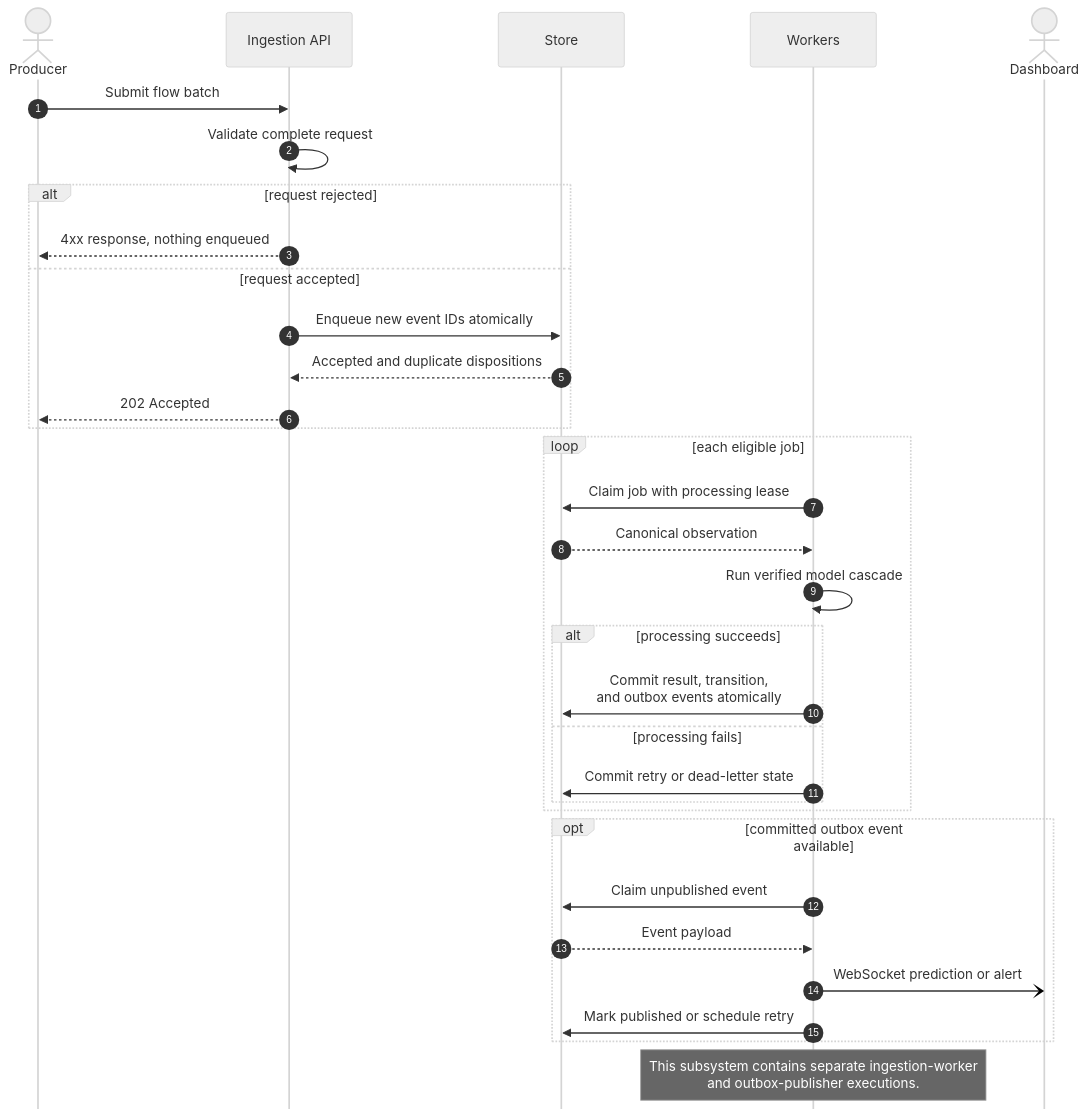
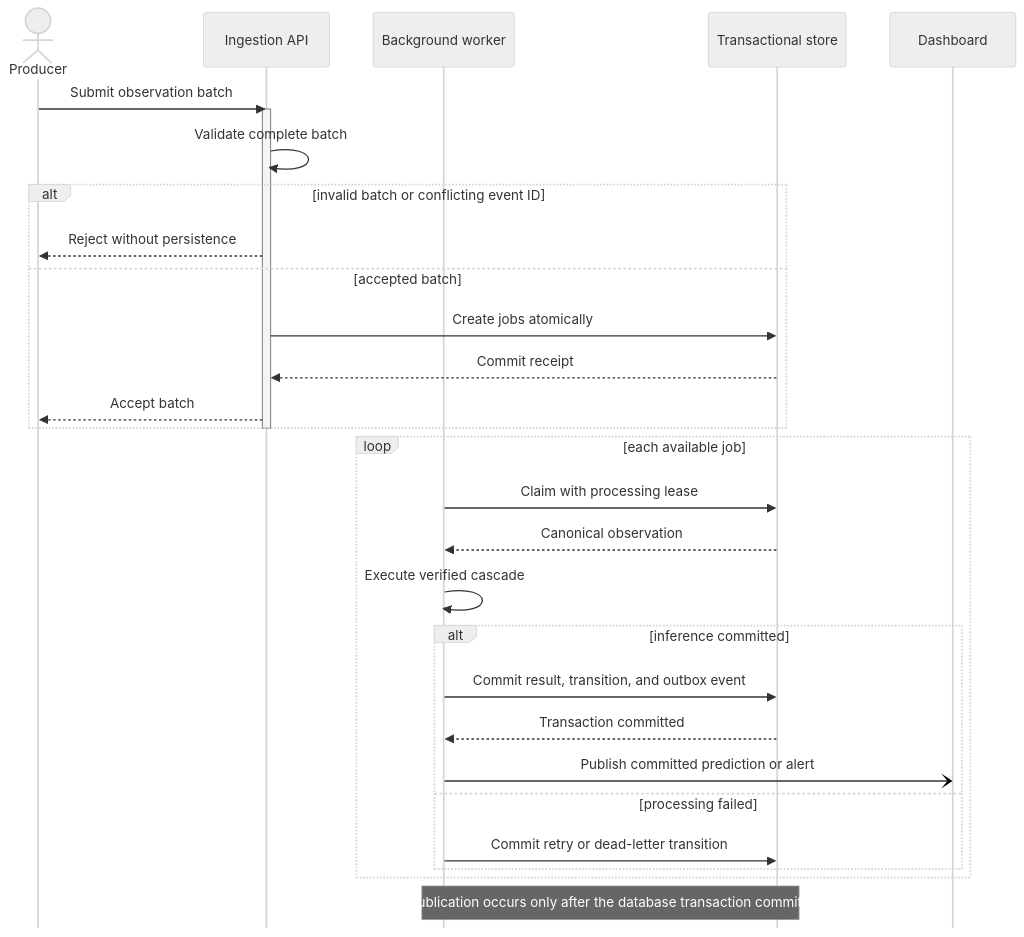
One commit to ZakariaElKhaldi/4iir-sr changed the diagram in diagrams/02-ingestion-sequence.mmd. Above: the diagram before and after it, drawn with Mermaid (neutral theme). The commit also changed 50 other files, not shown here.

```diff
--- a/diagrams/02-ingestion-sequence.mmd
+++ b/diagrams/02-ingestion-sequence.mmd
@@ -1,44 +1,40 @@
 ---
 config:
   sequence:
     mirrorActors: false
-    actorMargin: 30
-    messageMargin: 25
+    actorMargin: 52
+    messageMargin: 32
 ---
 sequenceDiagram
-    autonumber
     actor Producer
     participant API as Ingestion API
-    participant DB as Store
-    participant Workers as Workers
-    actor UI as Dashboard
+    participant Worker as Background worker
+    participant Store as Transactional store
+    participant UI as Dashboard
 
-    Producer->>API: Submit flow batch
-    API->>API: Validate complete request
-    alt request rejected
-        API-->>Producer: 4xx response, nothing enqueued
-    else request accepted
-        API->>DB: Enqueue new event IDs atomically
-        DB-->>API: Accepted and duplicate dispositions
-        API-->>Producer: 202 Accepted
+    Producer->>API: Submit observation batch
+    activate API
+    API->>API: Validate complete batch
+    alt invalid batch or conflicting event ID
+        API-->>Producer: Reject without persistence
+    else accepted batch
+        API->>Store: Create jobs atomically
+        Store-->>API: Commit receipt
+        API-->>Producer: Accept batch
     end
+    deactivate API
 
-    loop each eligible job
-        Workers->>DB: Claim job with processing lease
-        DB-->>Workers: Canonical observation
-        Workers->>Workers: Run verified model cascade
-        alt processing succeeds
-            Workers->>DB: Commit result, transition,<br/>and outbox events atomically
-        else processing fails
-            Workers->>DB: Commit retry or dead-letter state
+    loop each available job
+        Worker->>Store: Claim with processing lease
+        Store-->>Worker: Canonical observation
+        Worker->>Worker: Execute verified cascade
+        alt inference committed
+            Worker->>Store: Commit result, transition, and outbox event
+            Store-->>Worker: Transaction committed
+            Worker-)UI: Publish committed prediction or alert
+        else processing failed
+            Worker->>Store: Commit retry or dead-letter transition
         end
     end
 
-    opt committed outbox event available
-        Workers->>DB: Claim unpublished event
-        DB-->>Workers: Event payload
-        Workers-)UI: WebSocket prediction or alert
-        Workers->>DB: Mark published or schedule retry
-    end
-
-    note over Workers: This subsystem contains separate ingestion-worker<br/>and outbox-publisher executions.
+    note over Worker,Store: Publication occurs only after the database transaction commits.
```
